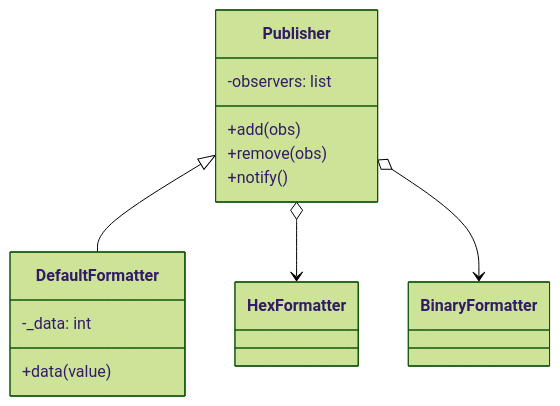
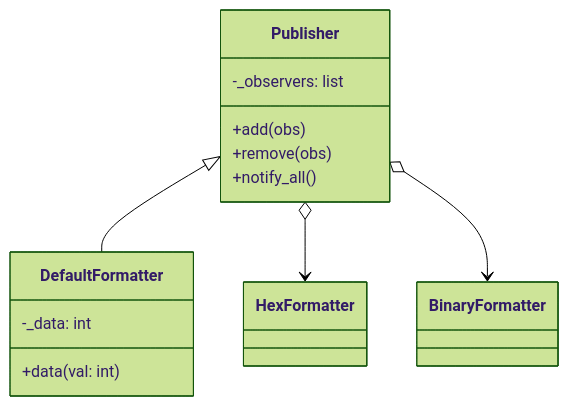
One commit to SanjayR857/All-in-One-Notes changed the diagram in python-design-patterns/behavioral/observer.md. Above: the diagram before and after it, drawn with Mermaid (forest theme). The commit also changed other lines of this file and 40 other files, not shown here.

````diff
--- a/python-design-patterns/behavioral/observer.md
+++ b/python-design-patterns/behavioral/observer.md
@@ -25,16 +32,16 @@
 ```mermaid
 classDiagram
     class Publisher {
-        -observers: list
+        -_observers: list
         +add(obs)
         +remove(obs)
-        +notify()
+        +notify_all()
     }
     class DefaultFormatter {
         -_data: int
-        +data(value)
+        +data(val: int)
     }
     Publisher <|-- DefaultFormatter
     Publisher o--> HexFormatter
     Publisher o--> BinaryFormatter
 ```
````
